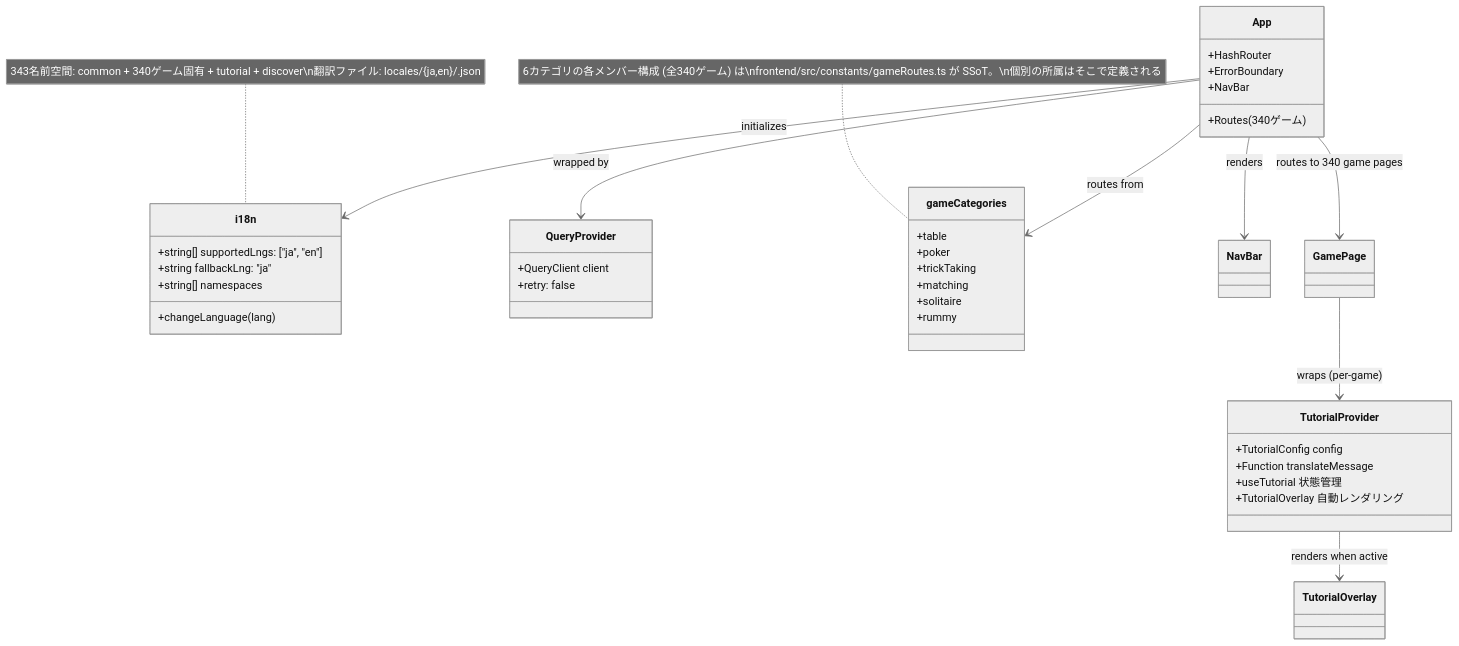
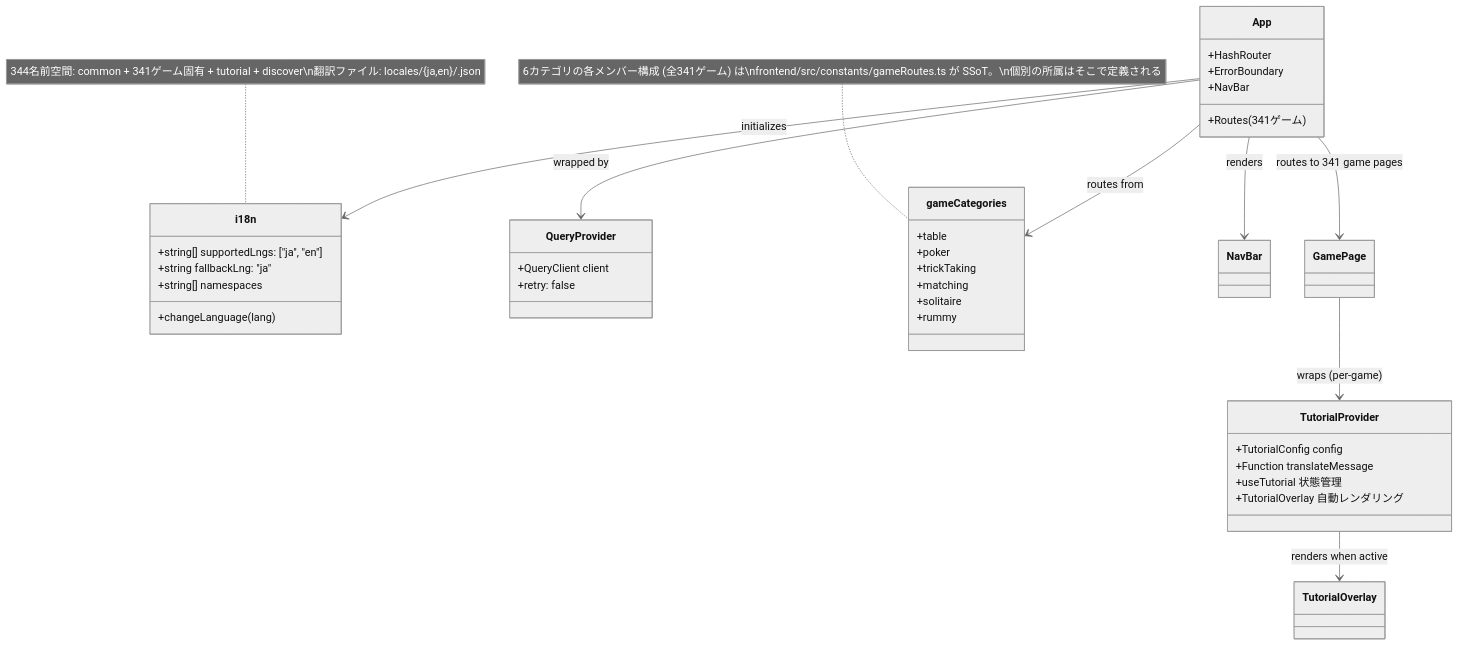
One commit to yuta-yoshinaga/go_trumpcards changed the ninth of 49 diagrams in docs/design/frontend.md. Above: the diagram before and after it, drawn with Mermaid (neutral theme). The commit also changed other lines of this file and 75 other files, not shown here.

````diff
--- a/docs/design/frontend.md
+++ b/docs/design/frontend.md
@@ -1874,48 +1874,48 @@
 ```mermaid
 classDiagram
     class i18n {
         +string[] supportedLngs: ["ja", "en"]
         +string fallbackLng: "ja"
         +string[] namespaces
         +changeLanguage(lang)
     }
 
     class QueryProvider {
         +QueryClient client
         +retry: false
     }
 
     class App {
         +HashRouter
         +ErrorBoundary
         +NavBar
-        +Routes (340ゲーム)
+        +Routes (341ゲーム)
     }
 
     class gameCategories {
         +table
         +poker
         +trickTaking
         +matching
         +solitaire
         +rummy
     }
-    note for gameCategories "6カテゴリの各メンバー構成 (全340ゲーム) は\nfrontend/src/constants/gameRoutes.ts が SSoT。\n個別の所属はそこで定義される"
+    note for gameCategories "6カテゴリの各メンバー構成 (全341ゲーム) は\nfrontend/src/constants/gameRoutes.ts が SSoT。\n個別の所属はそこで定義される"
 
     class TutorialProvider {
         +TutorialConfig config
         +Function translateMessage
         +useTutorial 状態管理
         +TutorialOverlay 自動レンダリング
     }
 
     App --> QueryProvider : wrapped by
     App --> i18n : initializes
     App --> gameCategories : routes from
     App --> NavBar : renders
-    App --> GamePage : routes to 340 game pages
+    App --> GamePage : routes to 341 game pages
     GamePage --> TutorialProvider : wraps (per-game)
     TutorialProvider --> TutorialOverlay : renders when active
 
-    note for i18n "343名前空間: common + 340ゲーム固有 + tutorial + discover\n翻訳ファイル: locales/{ja,en}/<game>.json"
+    note for i18n "344名前空間: common + 341ゲーム固有 + tutorial + discover\n翻訳ファイル: locales/{ja,en}/<game>.json"
 ```
````
